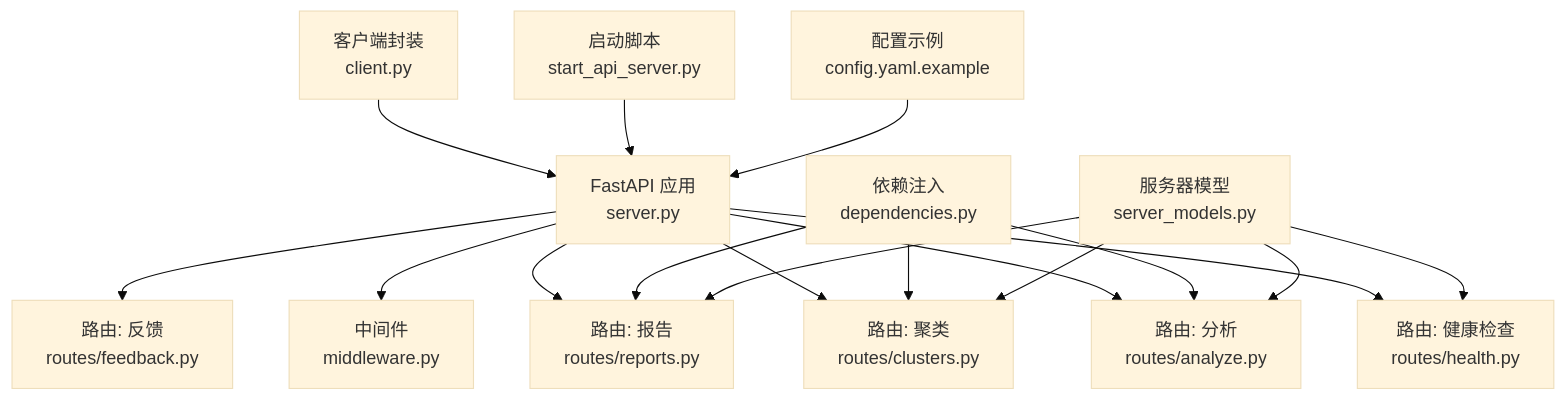
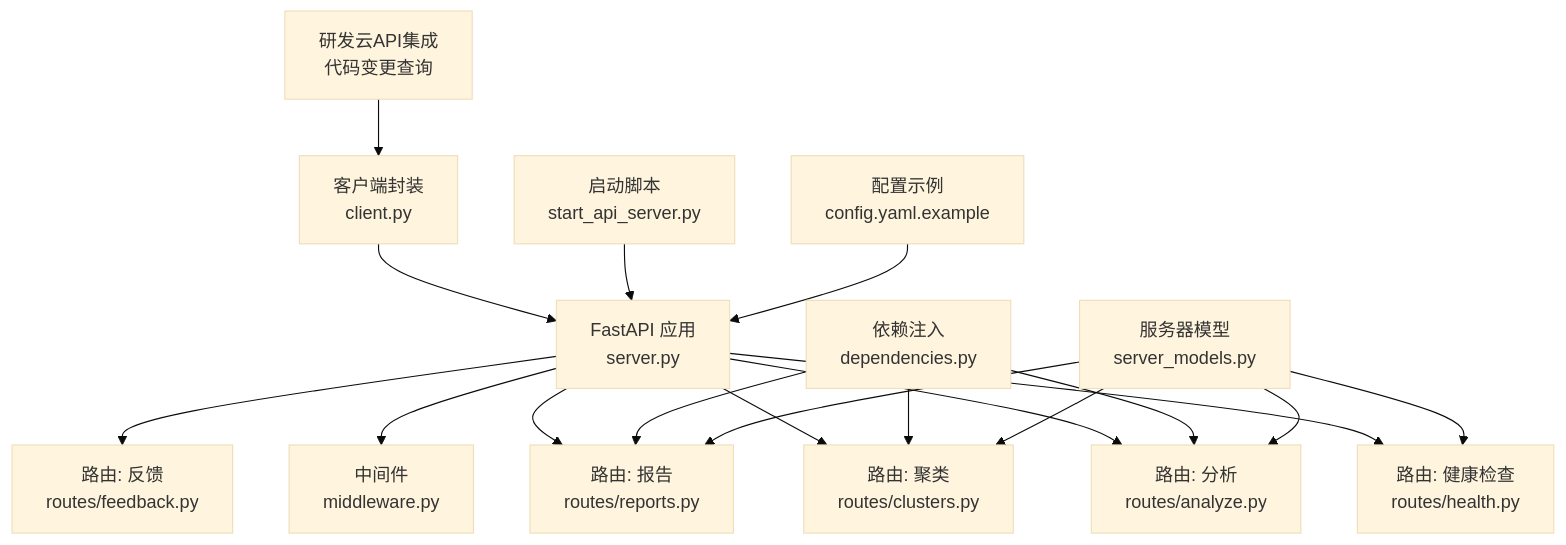
The first of 4 diagrams in .qoder/repowiki/zh/content/API接口文档/API概览.md (boyingliu01/fault-review-analyzer), drawn with Mermaid (base theme) before and after one commit. The commit also changed other lines of this file and 125 other files, not shown here.

````diff
--- a/.qoder/repowiki/zh/content/API接口文档/API概览.md
+++ b/.qoder/repowiki/zh/content/API接口文档/API概览.md
@@ -53,19 +54,20 @@
 ```mermaid
 graph TB
 A["FastAPI 应用<br/>server.py"] --> B["中间件<br/>middleware.py"]
 A --> C["路由: 健康检查<br/>routes/health.py"]
 A --> D["路由: 分析<br/>routes/analyze.py"]
 A --> E["路由: 聚类<br/>routes/clusters.py"]
 A --> F["路由: 报告<br/>routes/reports.py"]
 A --> G["路由: 反馈<br/>routes/feedback.py"]
 H["依赖注入<br/>dependencies.py"] --> D
 H --> E
 H --> F
 I["服务器模型<br/>server_models.py"] --> C
 I --> D
 I --> E
 I --> F
 J["客户端封装<br/>client.py"] --> A
 K["启动脚本<br/>start_api_server.py"] --> A
 L["配置示例<br/>config.yaml.example"] --> A
+M["研发云API集成<br/>代码变更查询"] --> J
 ```
````
